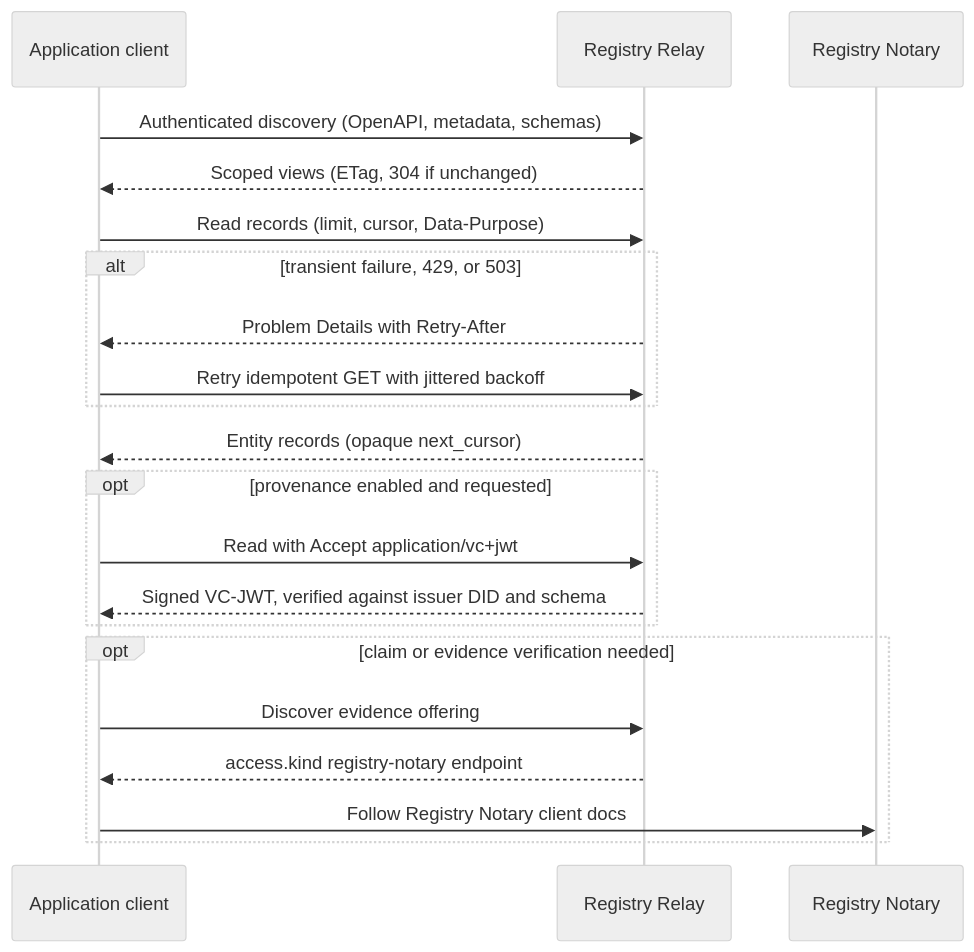
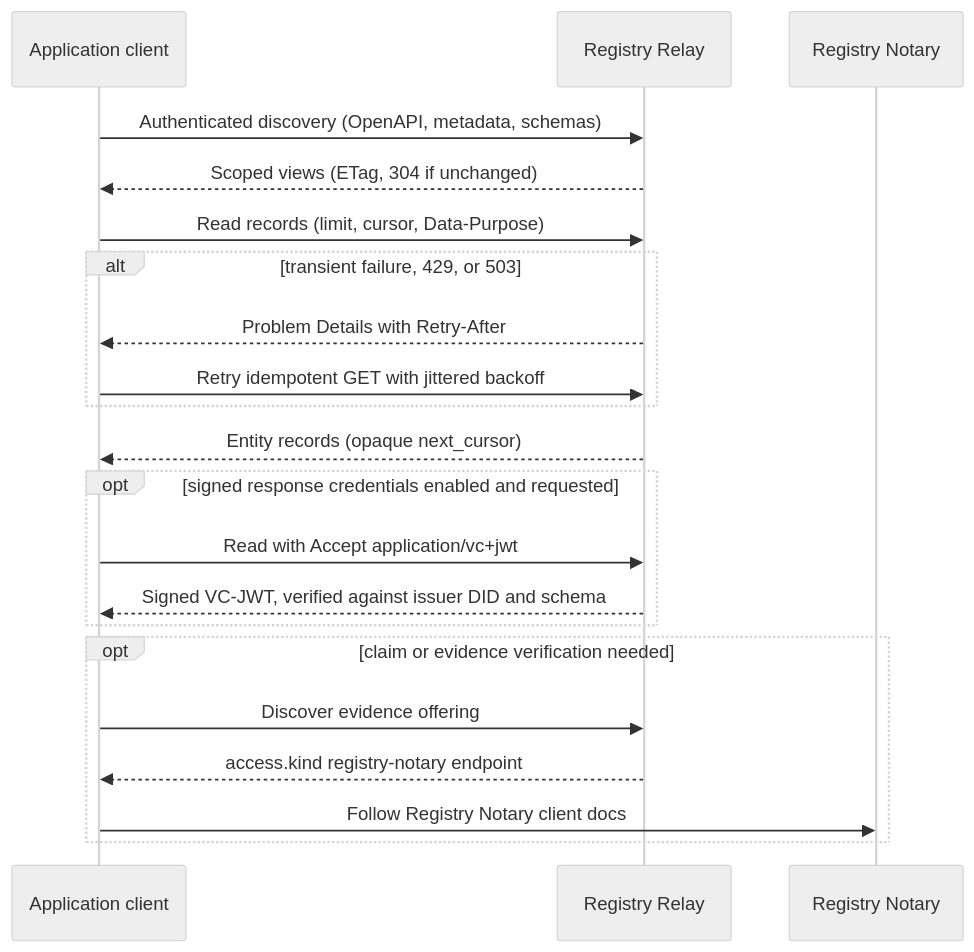
The first of 2 diagrams in imports/registry-relay/docs/client-integration.md (registrystack/registry-stack), drawn with Mermaid (neutral theme) before and after one commit. The commit also changed other lines of this file and 2 other files, not shown here.

````diff
--- a/imports/registry-relay/docs/client-integration.md
+++ b/imports/registry-relay/docs/client-integration.md
@@ -12,24 +12,24 @@
 ```mermaid
 sequenceDiagram
   participant Client as Application client
   participant Relay as Registry Relay
   participant Notary as Registry Notary
 
   Client->>Relay: Authenticated discovery (OpenAPI, metadata, schemas)
   Relay-->>Client: Scoped views (ETag, 304 if unchanged)
   Client->>Relay: Read records (limit, cursor, Data-Purpose)
   alt transient failure, 429, or 503
     Relay-->>Client: Problem Details with Retry-After
     Client->>Relay: Retry idempotent GET with jittered backoff
   end
   Relay-->>Client: Entity records (opaque next_cursor)
-  opt provenance enabled and requested
+  opt signed response credentials enabled and requested
     Client->>Relay: Read with Accept application/vc+jwt
     Relay-->>Client: Signed VC-JWT, verified against issuer DID and schema
   end
   opt claim or evidence verification needed
     Client->>Relay: Discover evidence offering
     Relay-->>Client: access.kind registry-notary endpoint
     Client->>Notary: Follow Registry Notary client docs
   end
 ```
````
